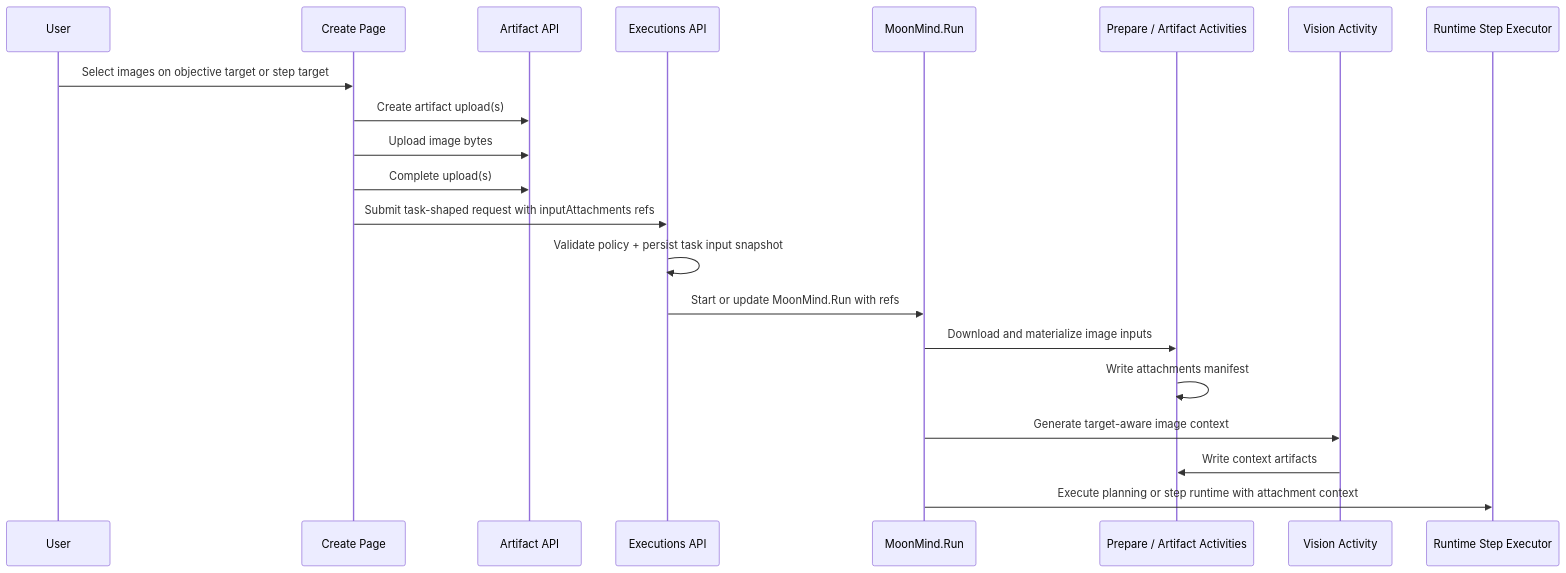
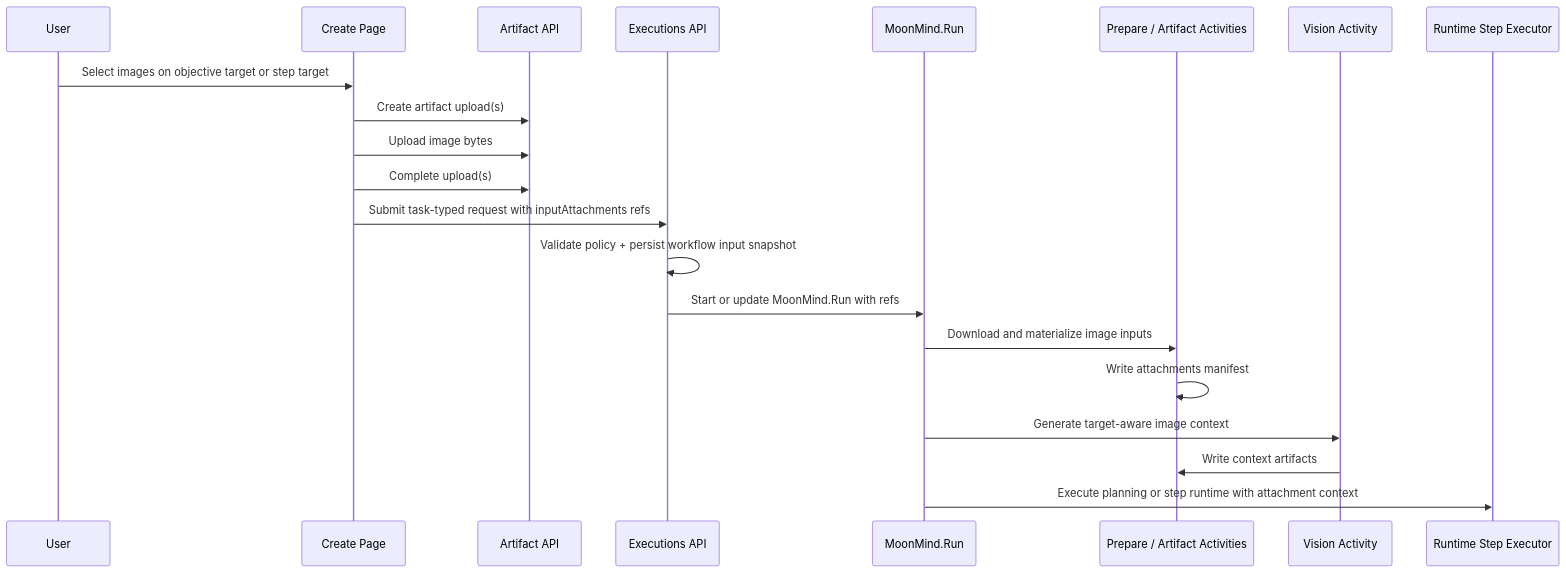
Before and after one commit to MoonLadderStudios/MoonMind: the diagram in docs/Workflows/ImageSystem.md, drawn with Mermaid. The commit also changed other lines of this file and 77 other files, not shown here.

````diff
--- a/docs/Workflows/ImageSystem.md
+++ b/docs/Workflows/ImageSystem.md
@@ -98,24 +98,24 @@
 ```mermaid
 sequenceDiagram
     participant U as User
     participant C as Create Page
     participant A as Artifact API
     participant E as Executions API
     participant W as MoonMind.Run
     participant P as Prepare / Artifact Activities
     participant V as Vision Activity
     participant R as Runtime Step Executor
 
     U->>C: Select images on objective target or step target
     C->>A: Create artifact upload(s)
     C->>A: Upload image bytes
     C->>A: Complete upload(s)
-    C->>E: Submit task-shaped request with inputAttachments refs
-    E->>E: Validate policy + persist task input snapshot
+    C->>E: Submit task-typed request with inputAttachments refs
+    E->>E: Validate policy + persist workflow input snapshot
     E->>W: Start or update MoonMind.Run with refs
     W->>P: Download and materialize image inputs
     P->>P: Write attachments manifest
     W->>V: Generate target-aware image context
     V->>P: Write context artifacts
     W->>R: Execute planning or step runtime with attachment context
 ```
````
